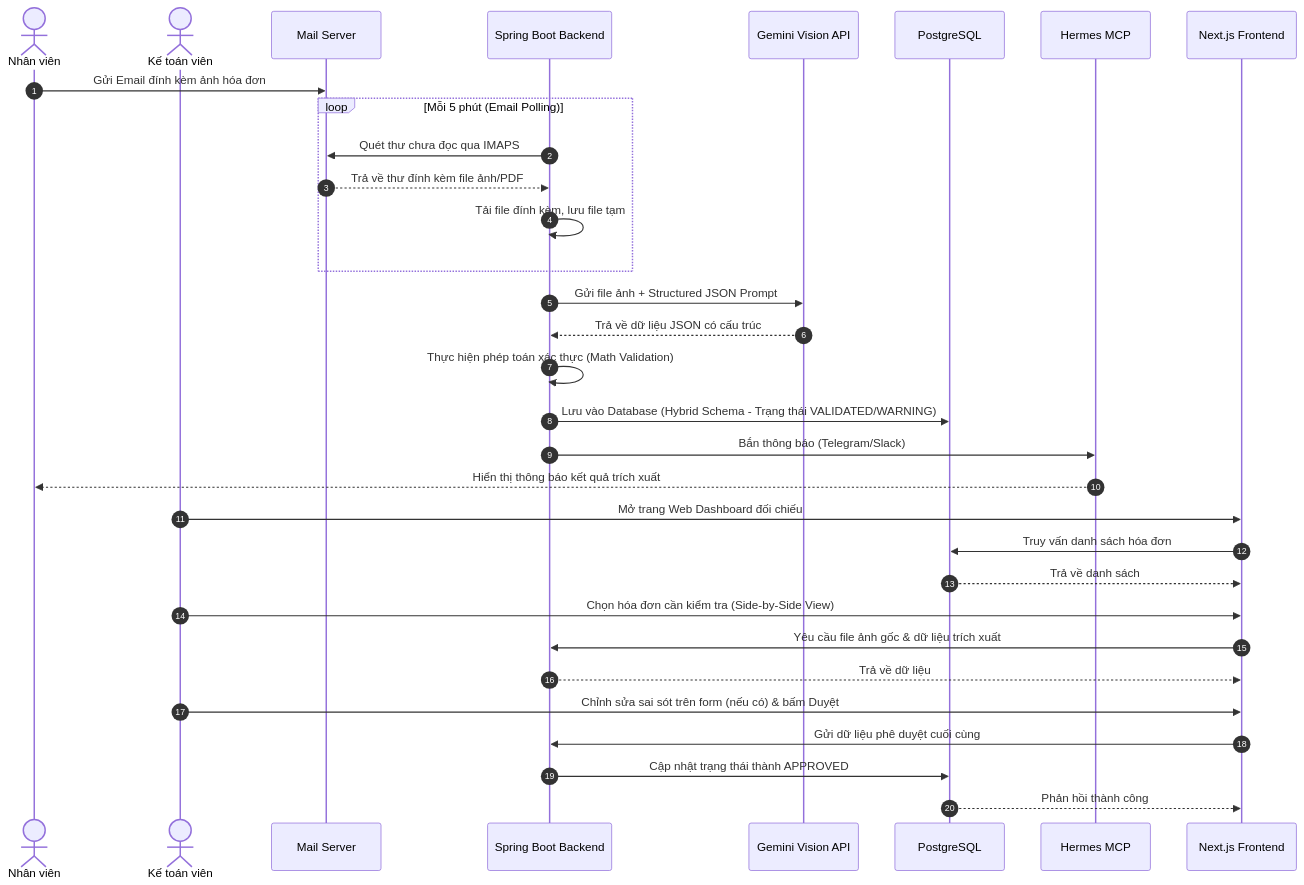
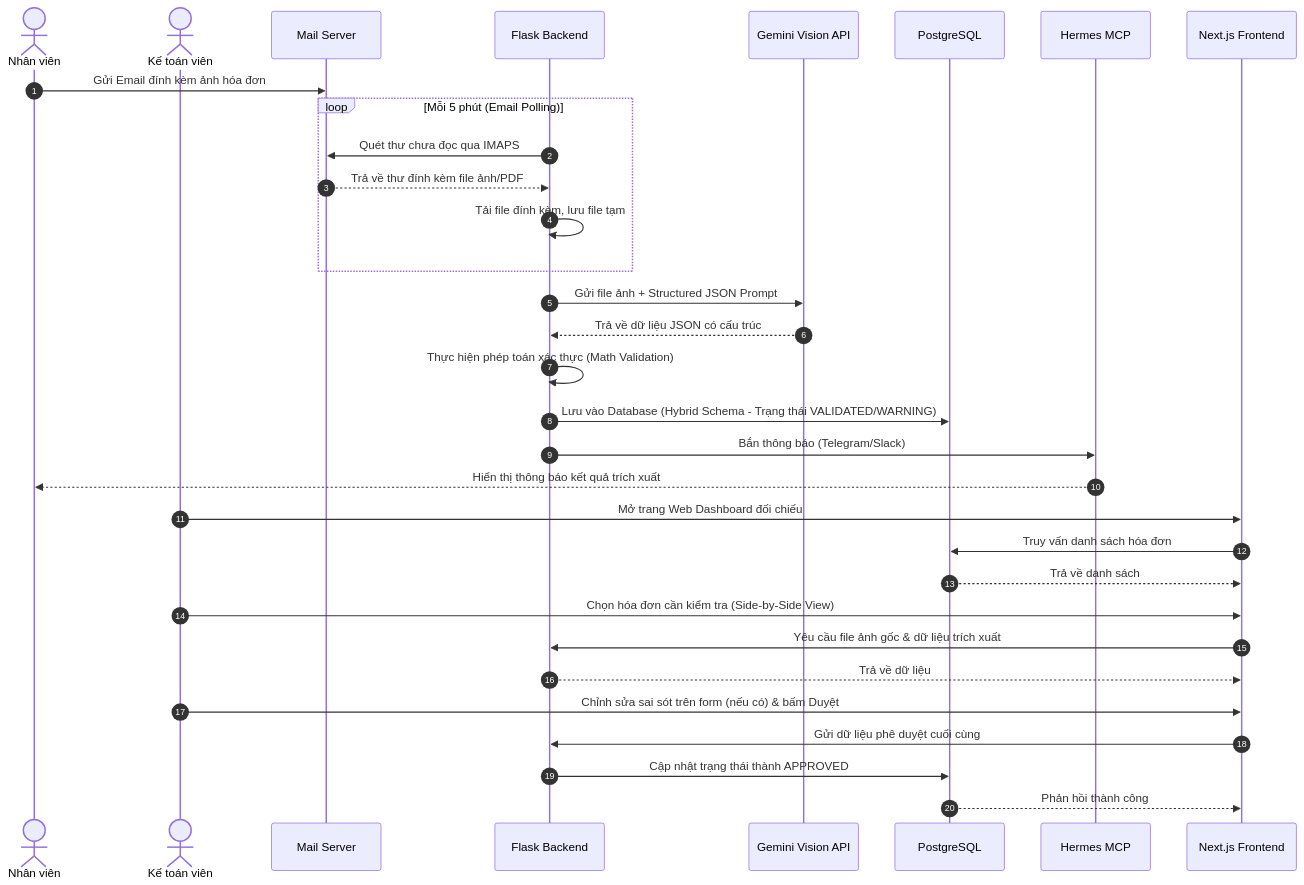
The fourth of 4 diagrams in docs/02-Design/SAD-001-ocr-invoice-architecture.md (LuongHaMinhVy/ocr-invoice-engine), drawn with Mermaid before and after one commit. The commit also changed other lines of this file and 6 other files, not shown here.

Commit message:
refactor: switch backend tech stack from Spring Boot to Python Flask in specs, designs, and plans

````diff
--- a/docs/02-Design/SAD-001-ocr-invoice-architecture.md
+++ b/docs/02-Design/SAD-001-ocr-invoice-architecture.md
@@ -183,36 +183,36 @@
 ```mermaid
 sequenceDiagram
     autonumber
     actor Nhân viên
     actor Kế toán viên
     participant EM as Mail Server
-    participant BK as Spring Boot Backend
+    participant BK as Flask Backend
     participant GM as Gemini Vision API
     participant DB as PostgreSQL
     participant HS as Hermes MCP
     participant FE as Next.js Frontend
 
     Nhân viên->>EM: Gửi Email đính kèm ảnh hóa đơn
     loop Mỗi 5 phút (Email Polling)
         BK->>EM: Quét thư chưa đọc qua IMAPS
         EM-->>BK: Trả về thư đính kèm file ảnh/PDF
         BK->>BK: Tải file đính kèm, lưu file tạm
     end
     BK->>GM: Gửi file ảnh + Structured JSON Prompt
     GM-->>BK: Trả về dữ liệu JSON có cấu trúc
     BK->>BK: Thực hiện phép toán xác thực (Math Validation)
     BK->>DB: Lưu vào Database (Hybrid Schema - Trạng thái VALIDATED/WARNING)
     BK->>HS: Bắn thông báo (Telegram/Slack)
     HS-->>Nhân viên: Hiển thị thông báo kết quả trích xuất
     
     Kế toán viên->>FE: Mở trang Web Dashboard đối chiếu
     FE->>DB: Truy vấn danh sách hóa đơn
     DB-->>FE: Trả về danh sách
     Kế toán viên->>FE: Chọn hóa đơn cần kiểm tra (Side-by-Side View)
     FE->>BK: Yêu cầu file ảnh gốc & dữ liệu trích xuất
     BK-->>FE: Trả về dữ liệu
     Kế toán viên->>FE: Chỉnh sửa sai sót trên form (nếu có) & bấm Duyệt
     FE->>BK: Gửi dữ liệu phê duyệt cuối cùng
     BK->>DB: Cập nhật trạng thái thành APPROVED
     DB-->>FE: Phản hồi thành công
 ```
````
